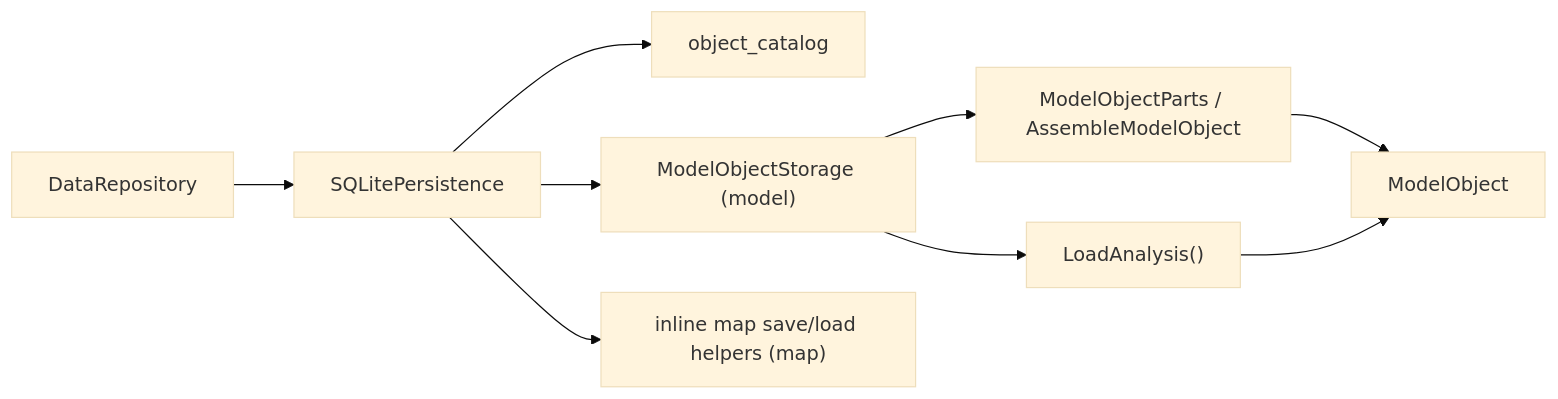
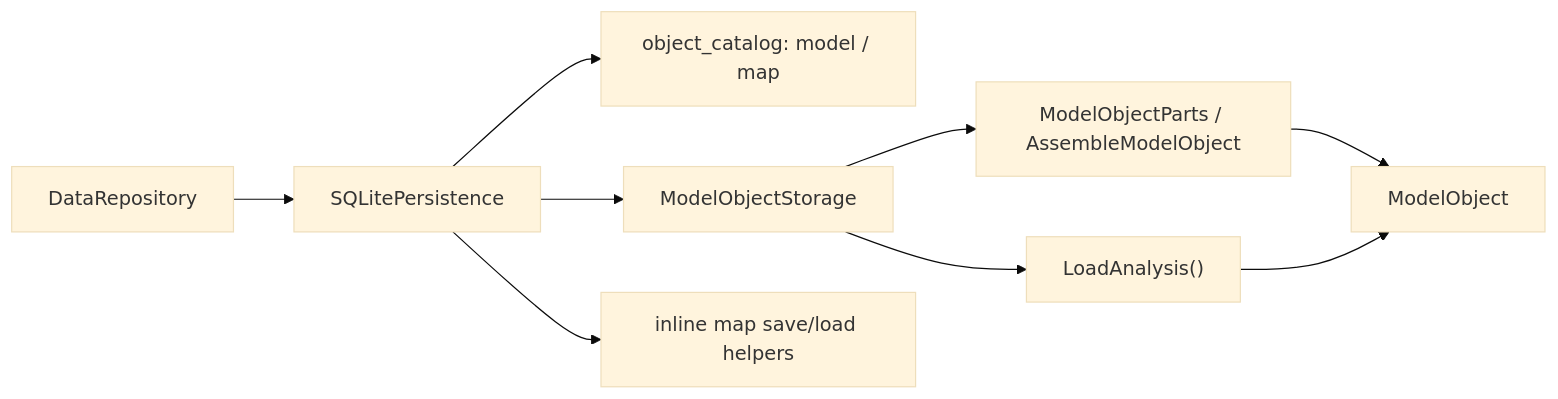
The third of 3 diagrams in docs/developer/architecture/object-architecture.md (yslianTim/rhbm_gem), drawn with Mermaid (base theme) before and after one commit. The commit also changed other lines of this file, not shown here.

````diff
--- a/docs/developer/architecture/object-architecture.md
+++ b/docs/developer/architecture/object-architecture.md
@@ -293,11 +360,11 @@
 ```mermaid
 flowchart LR
     A["DataRepository"] --> B["SQLitePersistence"]
-    B --> C["object_catalog"]
-    B --> D["ModelObjectStorage (model)"]
-    B --> E["inline map save/load helpers (map)"]
+    B --> C["object_catalog: model / map"]
+    B --> D["ModelObjectStorage"]
+    B --> E["inline map save/load helpers"]
     D --> F["ModelObjectParts / AssembleModelObject"]
     F --> G["ModelObject"]
     D --> H["LoadAnalysis()"]
     H --> G
 ```
````
